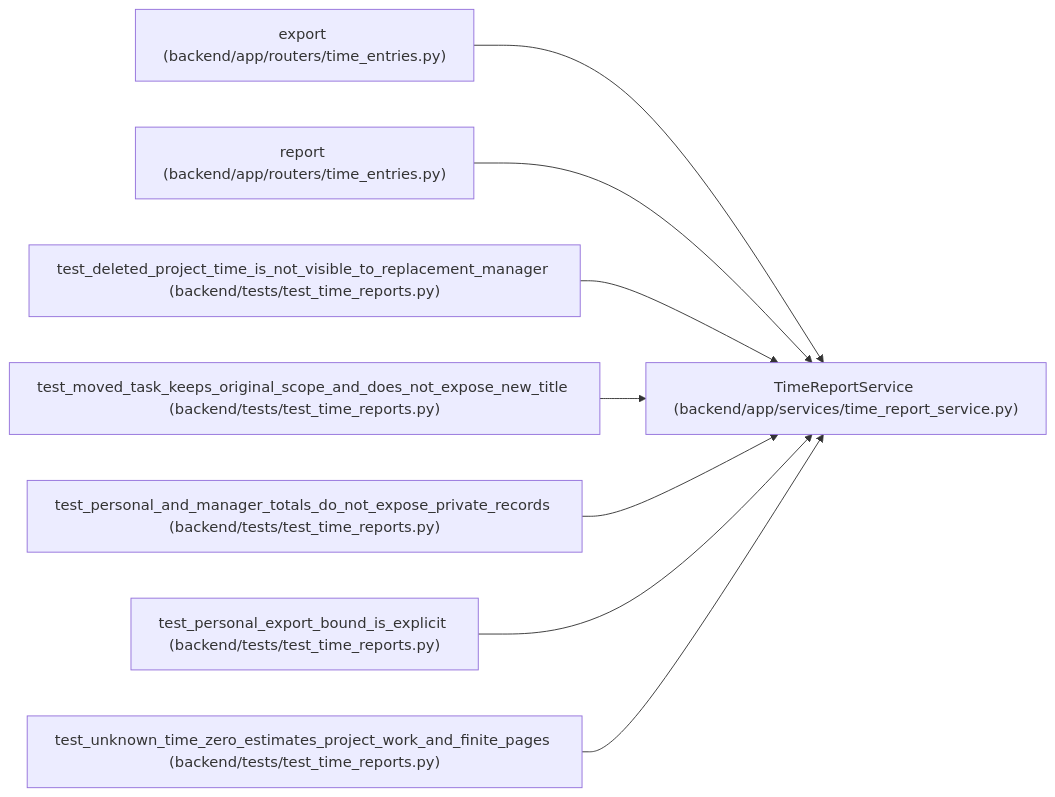
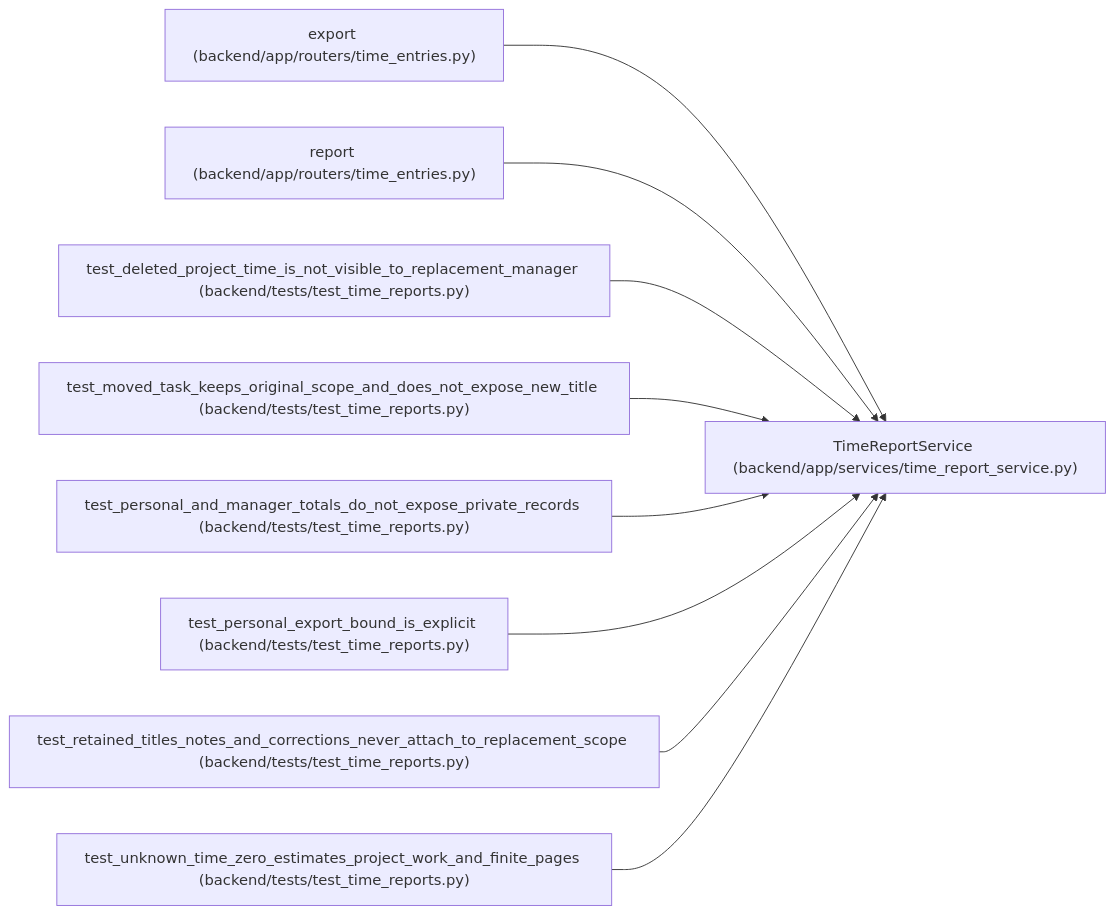
The diagram in docs/llm_wiki/entities/TimeReportService.md (Denissvgn/WorkChord), drawn with Mermaid before and after one commit. The commit also changed other lines of this file and 305 other files, not shown here.

Commit message:
docs(wiki): document retained scope and verified transfer floors

````diff
--- a/docs/llm_wiki/entities/TimeReportService.md
+++ b/docs/llm_wiki/entities/TimeReportService.md
@@ -30,26 +30,29 @@
 ```mermaid
 flowchart LR
     n0["TimeReportService (backend/app/services/time_report_service.py)"]
     n1["export (backend/app/routers/time_entries.py)"]
     n2["report (backend/app/routers/time_entries.py)"]
     n3["test_deleted_project_time_is_not_visible_to_replacement_manager (backend/tests/test_time_reports.py)"]
     n4["test_moved_task_keeps_original_scope_and_does_not_expose_new_title (backend/tests/test_time_reports.py)"]
     n5["test_personal_and_manager_totals_do_not_expose_private_records (backend/tests/test_time_reports.py)"]
     n6["test_personal_export_bound_is_explicit (backend/tests/test_time_reports.py)"]
-    n7["test_unknown_time_zero_estimates_project_work_and_finite_pages (backend/tests/test_time_reports.py)"]
+    n7["test_retained_titles_notes_and_corrections_never_attach_to_replacement_scope (backend/tests/test_time_reports.py)"]
+    n8["test_unknown_time_zero_estimates_project_work_and_finite_pages (backend/tests/test_time_reports.py)"]
     n1 --> n0
     n2 --> n0
     n3 --> n0
     n4 --> n0
     n5 --> n0
     n6 --> n0
     n7 --> n0
+    n8 --> n0
     click n0 "../modules/time_report_service.md"
     click n1 "../modules/time_entries.md"
     click n2 "../modules/time_entries.md"
     click n3 "../modules/test_time_reports.md"
     click n4 "../modules/test_time_reports.md"
     click n5 "../modules/test_time_reports.md"
     click n6 "../modules/test_time_reports.md"
     click n7 "../modules/test_time_reports.md"
+    click n8 "../modules/test_time_reports.md"
 ```
````
